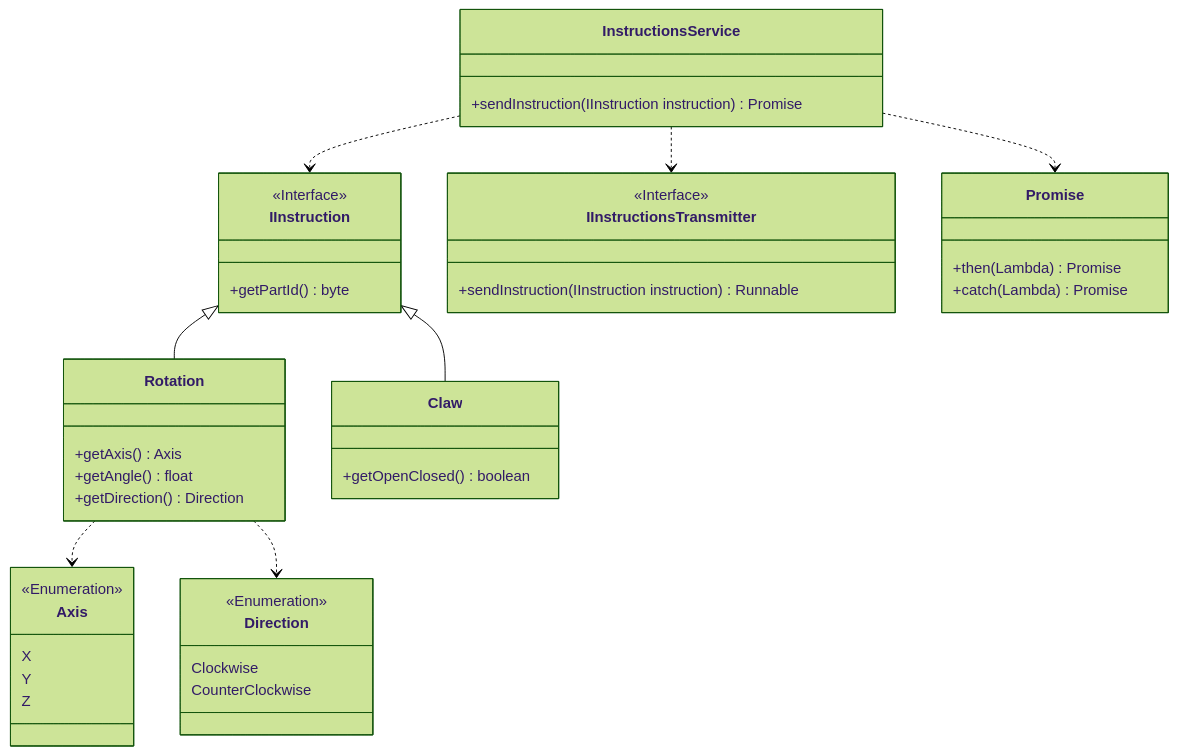
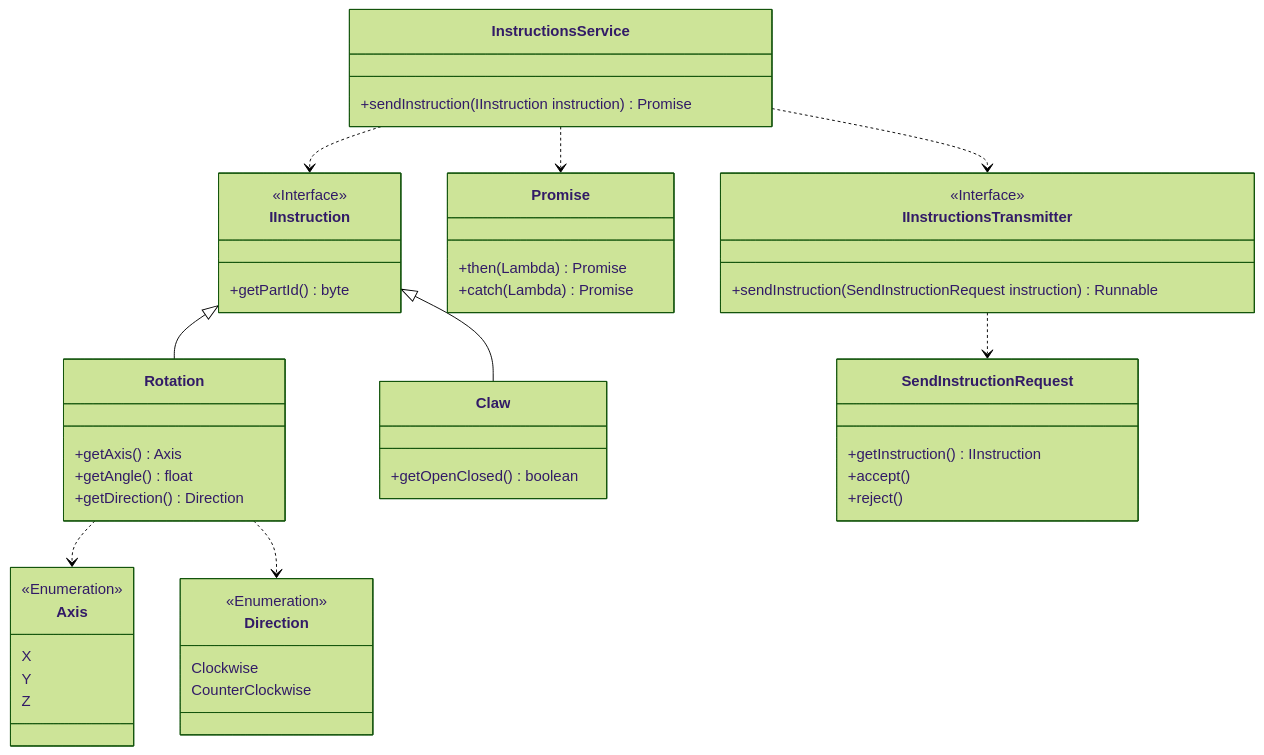
One commit to J4VJ4R/Proyecto-de-grado-Uniminuto-UNIBOT changed the diagram in README.md. Above: the diagram before and after it, drawn with Mermaid (forest theme).

Commit message:
Agregados diagrama de componentes de la App y Diagrama de clases del componente 'Modelo de instrucciones'

````diff
--- a/README.md
+++ b/README.md
@@ -36,49 +36,56 @@
 ```mermaid
 classDiagram
 class IInstruction {
     <<Interface>>
     +getPartId() byte
 }
 class Axis {
     <<Enumeration>>
     X
     Y
     Z
 }
 class Direction {
     <<Enumeration>>
     Clockwise
     CounterClockwise
 }
 class Rotation {
     +getAxis() Axis
     +getAngle() float
     +getDirection() Direction
 }
 
 class InstructionsService {
     +sendInstruction(IInstruction instruction) Promise
 }
 
+class SendInstructionRequest {
+    +getInstruction() IInstruction
+    +accept()
+    +reject()
+}
+
 class IInstructionsTransmitter {
     <<Interface>>
-    +sendInstruction(IInstruction instruction) Runnable
+    +sendInstruction(SendInstructionRequest instruction) Runnable
 }
 
 class Promise {
     +then(Lambda) Promise
     +catch(Lambda) Promise
 }
 
 class Claw {
     +getOpenClosed() boolean
 }
 
 IInstruction <|--Rotation
 IInstruction <|--Claw
 Rotation..>Axis
 Rotation..>Direction
 InstructionsService..>IInstruction
 InstructionsService..>Promise
 InstructionsService..>IInstructionsTransmitter
+IInstructionsTransmitter..>SendInstructionRequest
 ```
````
